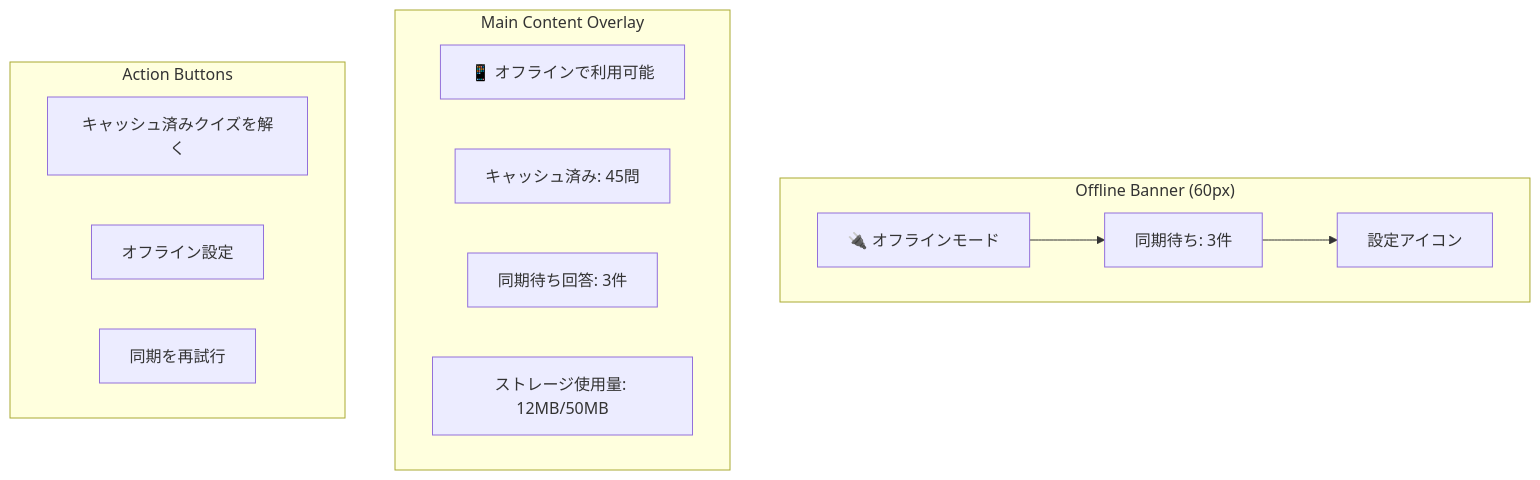
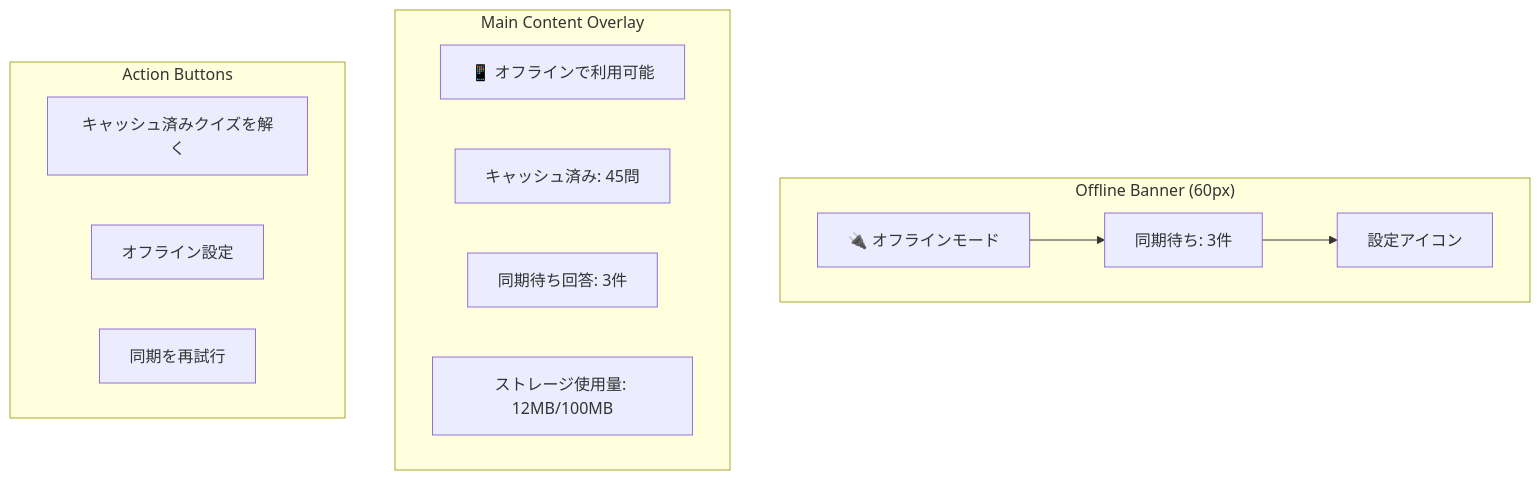
The first of 6 diagrams in docs/project/ui-design/1.02_user-stories/us-05_offline-sync.md (tanacchi/your-quiz), drawn with Mermaid before and after one commit. The commit also changed other lines of this file and 1 other file, not shown here.

````diff
--- a/docs/project/ui-design/1.02_user-stories/us-05_offline-sync.md
+++ b/docs/project/ui-design/1.02_user-stories/us-05_offline-sync.md
@@ -23,20 +23,20 @@
 ```mermaid
 graph TD
     subgraph "Offline Banner (60px)"
         A[🔌 オフラインモード] --> B[同期待ち: 3件]
         B --> C[設定アイコン]
     end
 
     subgraph "Main Content Overlay"
         D[📱 オフラインで利用可能]
         E[キャッシュ済み: 45問]
         F[同期待ち回答: 3件]
-        G[ストレージ使用量: 12MB/50MB]
+        G[ストレージ使用量: 12MB/100MB]
     end
 
     subgraph "Action Buttons"
         H[キャッシュ済みクイズを解く]
         I[オフライン設定]
         J[同期を再試行]
     end
 ```
````
